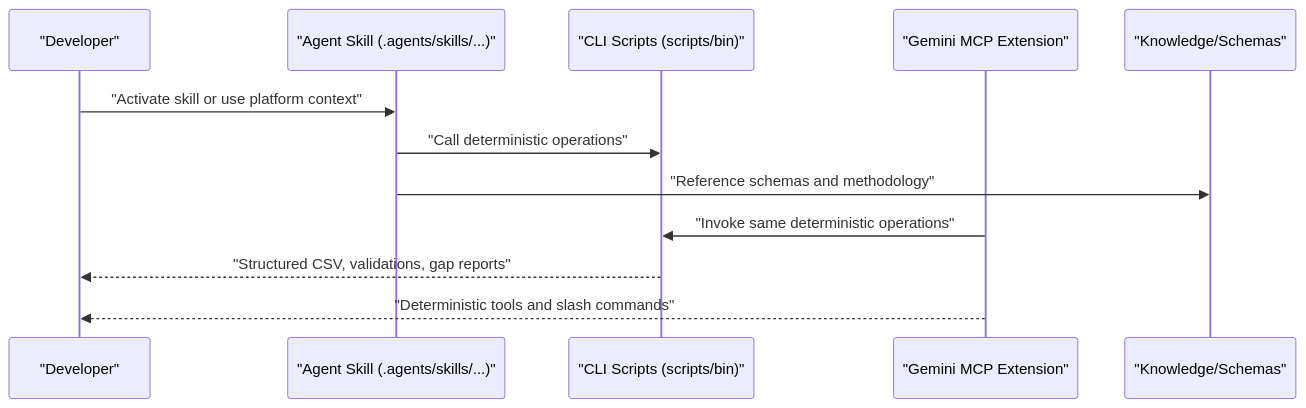
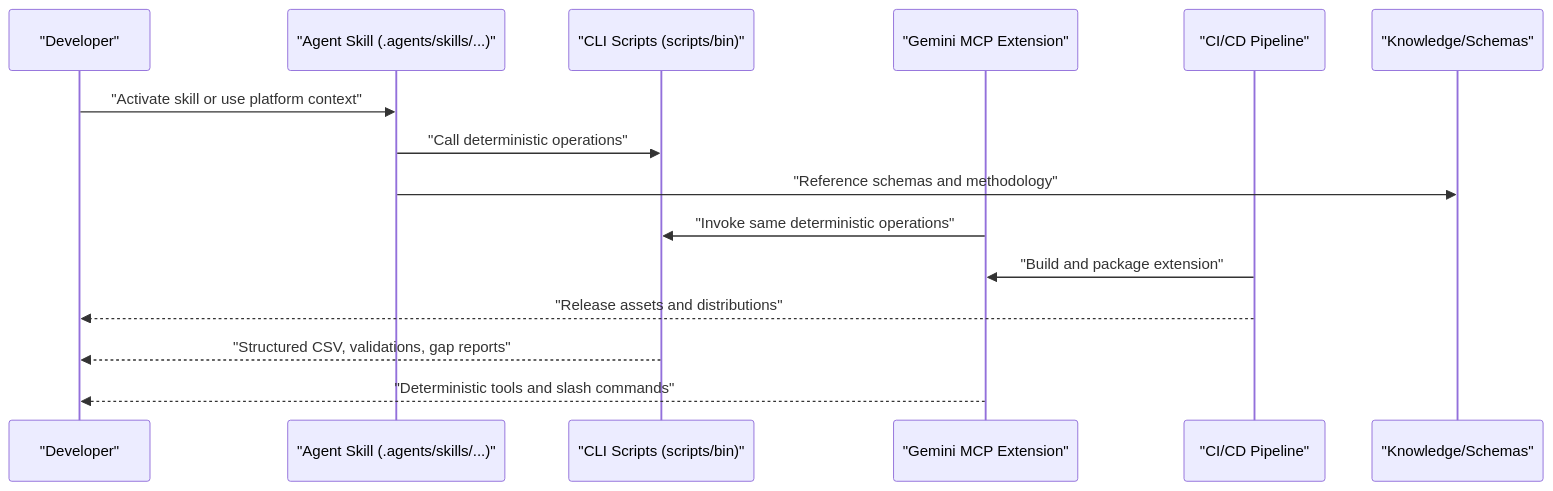
Before and after one commit to austinsonger/GRC-Mapping-Analyst: the second of 9 diagrams in .qoder/repowiki/en/content/Development and Contributing Guidelines.md, drawn with Mermaid. The commit also changed other lines of this file and 13 other files, not shown here.

````diff
--- a/.qoder/repowiki/en/content/Development and Contributing Guidelines.md
+++ b/.qoder/repowiki/en/content/Development and Contributing Guidelines.md
@@ -141,14 +164,17 @@
 ```mermaid
 sequenceDiagram
 participant Dev as "Developer"
 participant Skill as "Agent Skill (.agents/skills/...)"
 participant Scripts as "CLI Scripts (scripts/bin)"
 participant Ext as "Gemini MCP Extension"
+participant Pipeline as "CI/CD Pipeline"
 participant KC as "Knowledge/Schemas"
 Dev->>Skill : "Activate skill or use platform context"
 Skill->>Scripts : "Call deterministic operations"
 Skill->>KC : "Reference schemas and methodology"
 Ext->>Scripts : "Invoke same deterministic operations"
+Pipeline->>Ext : "Build and package extension"
+Pipeline-->>Dev : "Release assets and distributions"
 Scripts-->>Dev : "Structured CSV, validations, gap reports"
 Ext-->>Dev : "Deterministic tools and slash commands"
 ```
````
